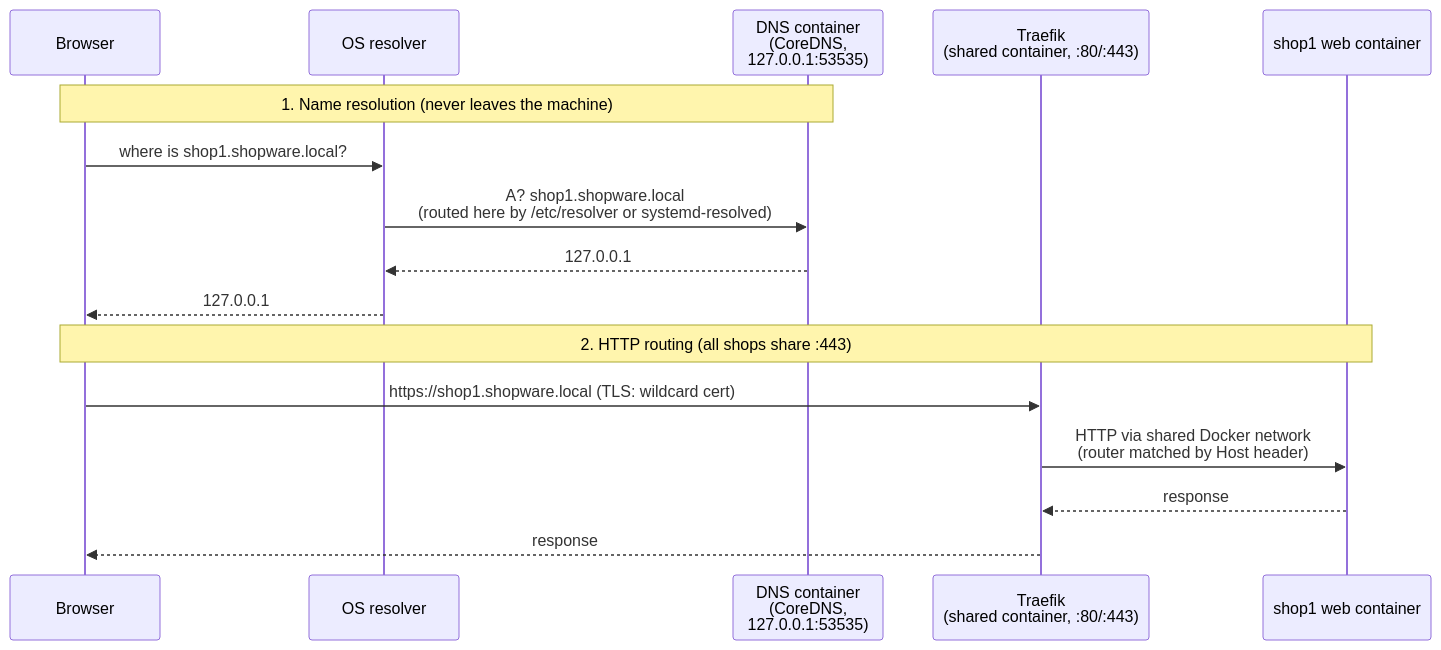
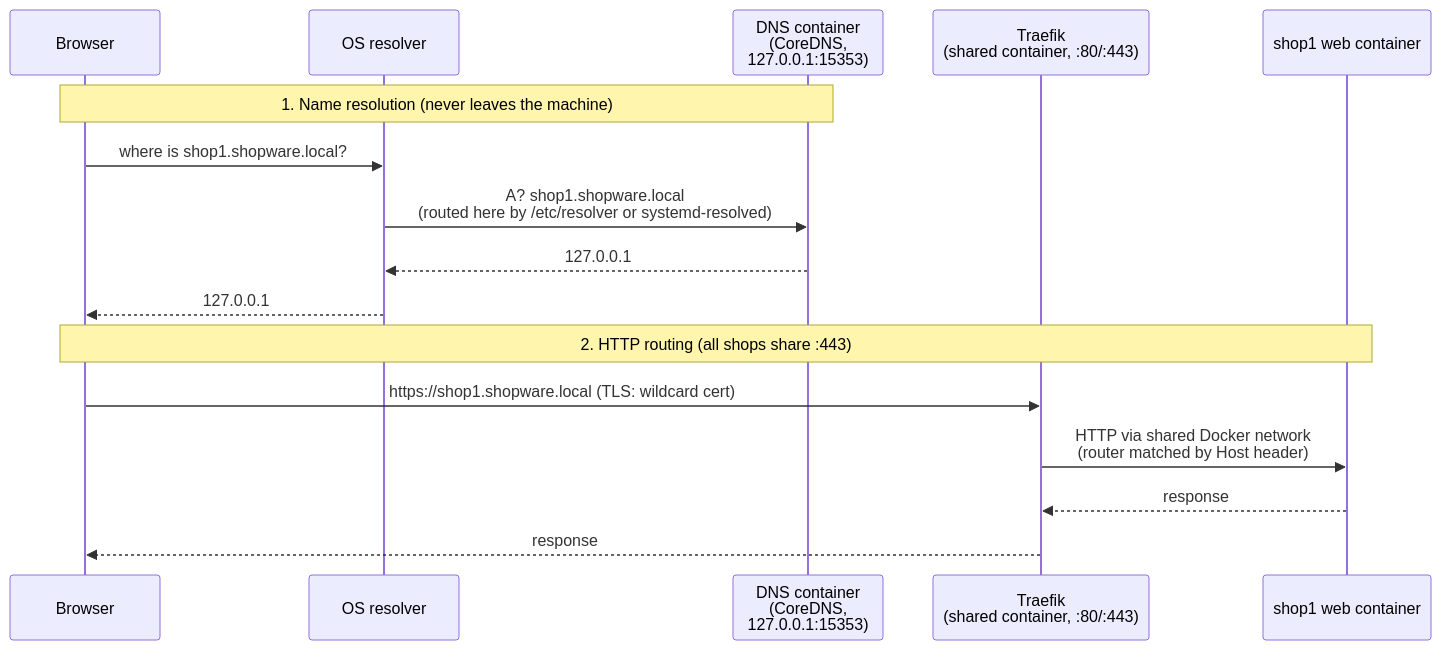
One commit to shopware/shopware-cli changed the first of 2 diagrams in docs/proxy.md. Above: the diagram before and after it, drawn with Mermaid. The commit also changed other lines of this file and 5 other files, not shown here.

````diff
--- a/docs/proxy.md
+++ b/docs/proxy.md
@@ -81,20 +81,20 @@
 ```mermaid
 sequenceDiagram
     participant B as Browser
     participant OS as OS resolver
-    participant D as DNS container<br>(CoreDNS,<br>127.0.0.1:53535)
+    participant D as DNS container<br>(CoreDNS,<br>127.0.0.1:15353)
     participant T as Traefik<br>(shared container, :80/:443)
     participant W as shop1 web container
 
     Note over B,D: 1. Name resolution (never leaves the machine)
     B->>OS: where is shop1.shopware.local?
     OS->>D: A? shop1.shopware.local<br>(routed here by /etc/resolver or systemd-resolved)
     D-->>OS: 127.0.0.1
     OS-->>B: 127.0.0.1
 
     Note over B,W: 2. HTTP routing (all shops share :443)
     B->>T: https://shop1.shopware.local (TLS: wildcard cert)
     T->>W: HTTP via shared Docker network<br>(router matched by Host header)
     W-->>T: response
     T-->>B: response
 ```
````
